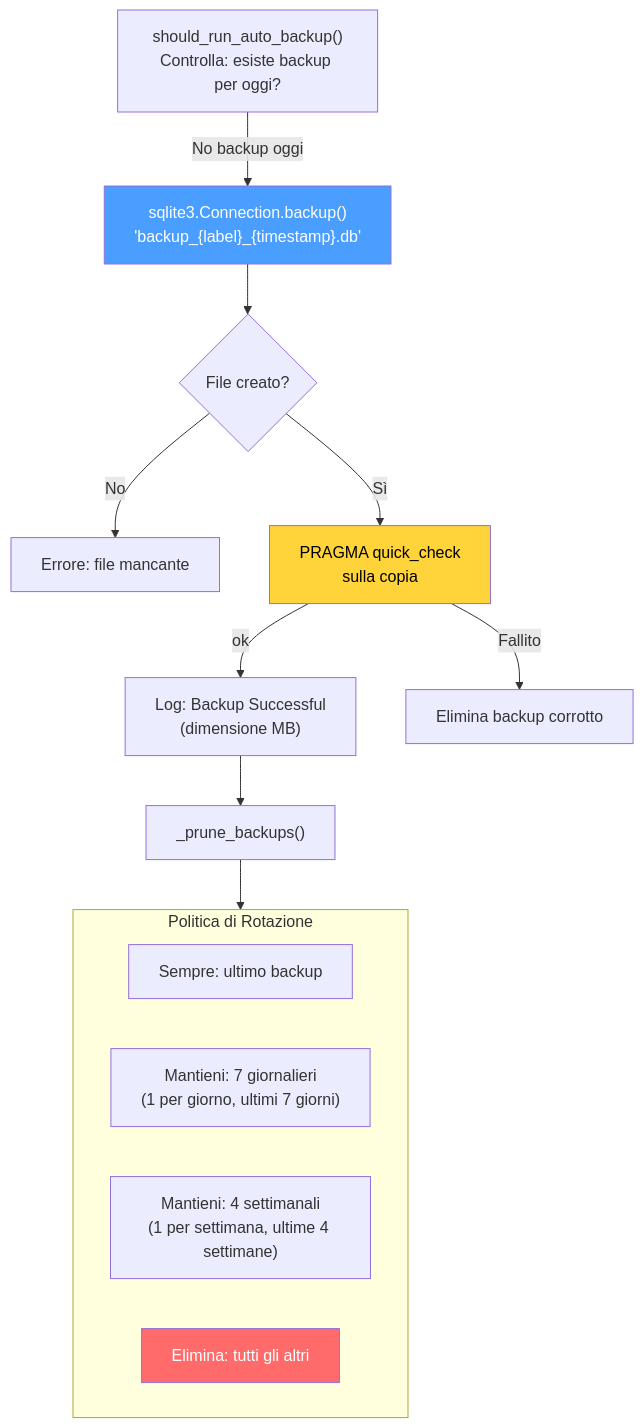
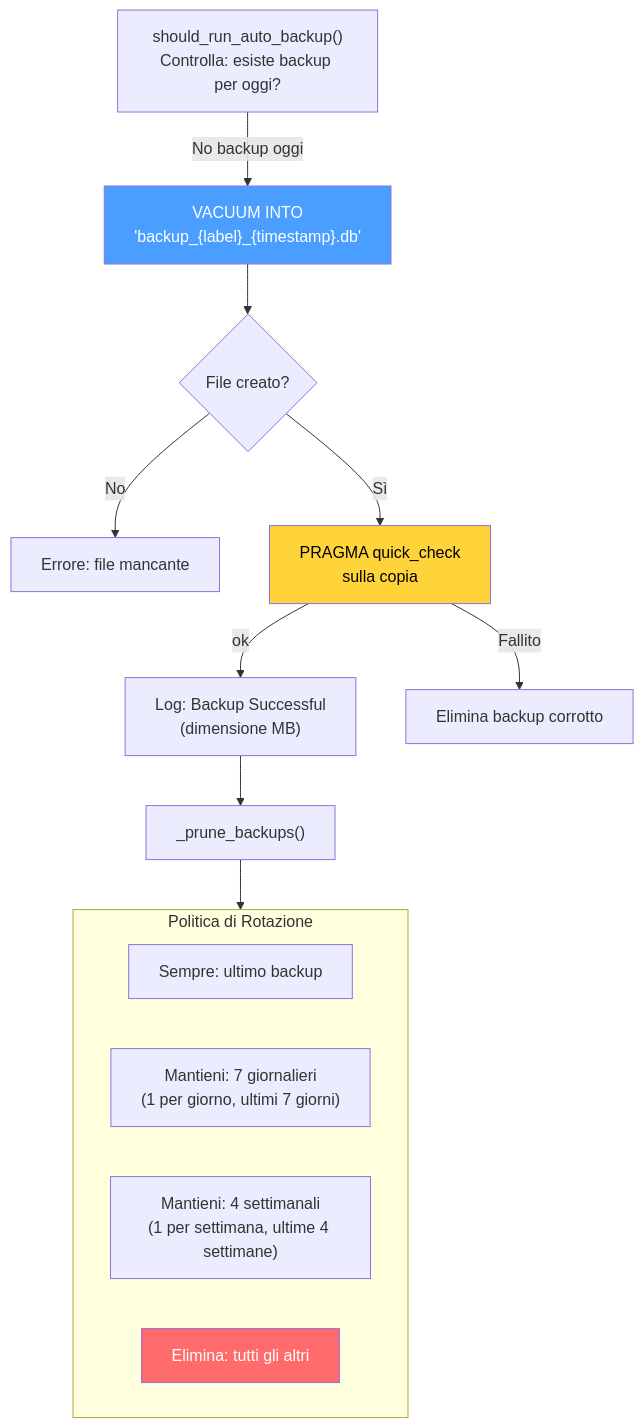
One commit to renanaugustomacena-ux/Counter-Strike-coach-AI changed diagram 41 of 49 in docs/books/Book-Coach-2.md. Above: the diagram before and after it, drawn with Mermaid. The commit also changed other lines of this file and 4 other files, not shown here.

````diff
--- a/docs/books/Book-Coach-2.md
+++ b/docs/books/Book-Coach-2.md
@@ -2062,22 +2043,22 @@
 ```mermaid
 flowchart TB
     TRIGGER["should_run_auto_backup()<br/>Controlla: esiste backup per oggi?"]
-    TRIGGER -->|"No backup oggi"| BACKUP["sqlite3.Connection.backup()<br/>'backup_{label}_{timestamp}.db'"]
+    TRIGGER -->|"No backup oggi"| BACKUP["VACUUM INTO<br/>'backup_{label}_{timestamp}.db'"]
     BACKUP --> EXISTS{"File creato?"}
     EXISTS -->|"No"| FAIL["Errore: file mancante"]
     EXISTS -->|"Sì"| INTEG["PRAGMA quick_check<br/>sulla copia"]
     INTEG -->|"ok"| LOG["Log: Backup Successful<br/>(dimensione MB)"]
     INTEG -->|"Fallito"| DEL["Elimina backup corrotto"]
     LOG --> PRUNE["_prune_backups()"]
     subgraph RETENTION["Politica di Rotazione"]
         KEEP1["Sempre: ultimo backup"]
         KEEP2["Mantieni: 7 giornalieri<br/>(1 per giorno, ultimi 7 giorni)"]
         KEEP3["Mantieni: 4 settimanali<br/>(1 per settimana, ultime 4 settimane)"]
         PRUNE_OLD["Elimina: tutti gli altri"]
     end
     PRUNE --> RETENTION
 
     style BACKUP fill:#4a9eff,color:#fff
     style INTEG fill:#ffd43b,color:#000
     style PRUNE_OLD fill:#ff6b6b,color:#fff
 ```
````
